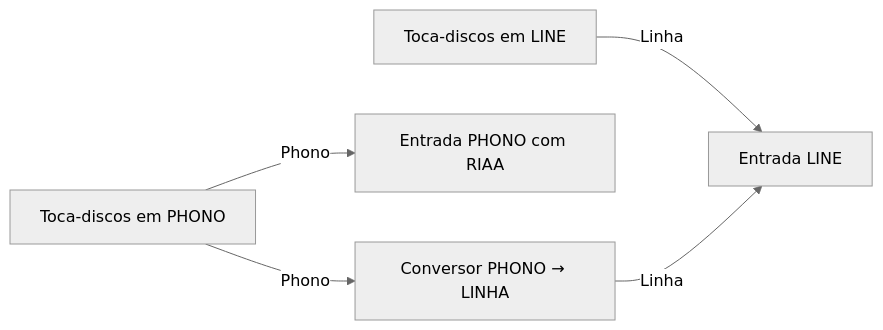
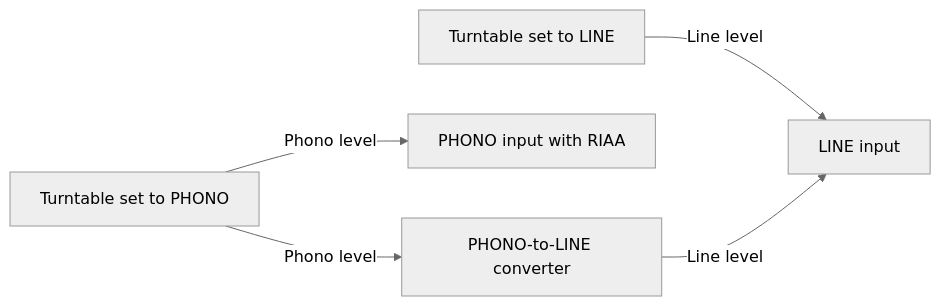
One commit to gperegr/AudioSystem changed the diagram in docs/diagrams/fontes-de-audio-01.mmd. Above: the diagram before and after it, drawn with Mermaid (neutral theme). The commit also changed 79 other files, not shown here.

```diff
--- a/docs/diagrams/fontes-de-audio-01.mmd
+++ b/docs/diagrams/fontes-de-audio-01.mmd
@@ -1,5 +1,5 @@
 flowchart LR
-    L["Toca-discos em LINE"] -->|"Linha"| IL["Entrada LINE"]
-    P["Toca-discos em PHONO"] -->|"Phono"| IP["Entrada PHONO com RIAA"]
-    P -->|"Phono"| C["Conversor PHONO → LINHA"]
-    C -->|"Linha"| IL
+    L["Turntable set to LINE"] -->|"Line level"| IL["LINE input"]
+    P["Turntable set to PHONO"] -->|"Phono level"| IP["PHONO input with RIAA"]
+    P -->|"Phono level"| C["PHONO-to-LINE converter"]
+    C -->|"Line level"| IL
```
